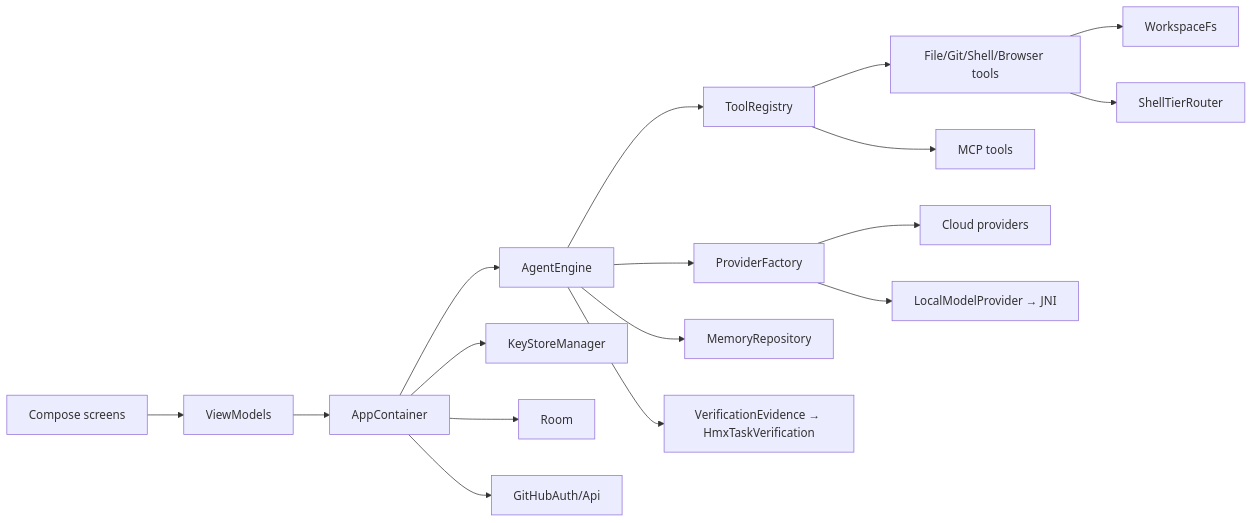
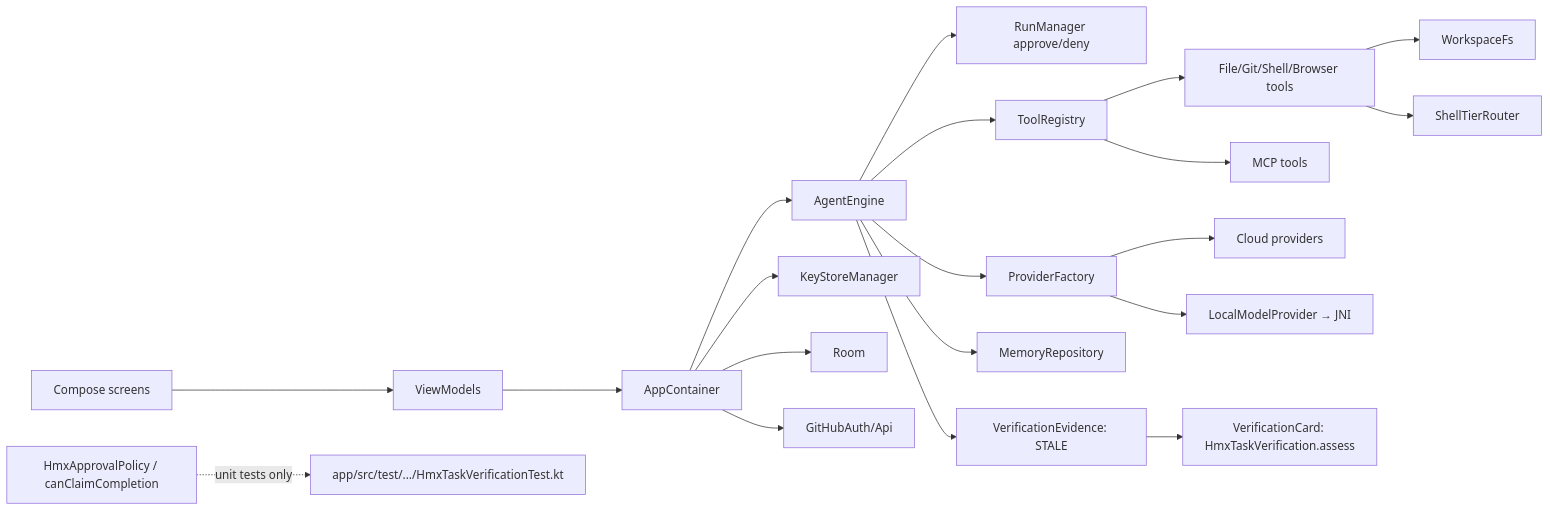
Before and after one commit to HMXPANEL/HMXHARNESS: the diagram in docs/expo/HMXHARNESS_CUSTOM_MODULES.md, drawn with Mermaid. The commit also changed other lines of this file and 48 other files, not shown here.

````diff
--- a/docs/expo/HMXHARNESS_CUSTOM_MODULES.md
+++ b/docs/expo/HMXHARNESS_CUSTOM_MODULES.md
@@ -96,19 +113,22 @@
 ```mermaid
 flowchart LR
     UI[Compose screens] --> VM[ViewModels]
     VM --> AC[AppContainer]
     AC --> AE[AgentEngine]
+    AE --> RM[RunManager approve/deny]
     AE --> TR[ToolRegistry]
     TR --> FT[File/Git/Shell/Browser tools]
     TR --> MCP[MCP tools]
     AE --> PF[ProviderFactory]
     PF --> CLOUD[Cloud providers]
     PF --> LOCAL[LocalModelProvider → JNI]
     AE --> MEM[MemoryRepository]
-    AE --> V[VerificationEvidence → HmxTaskVerification]
+    AE --> VE[VerificationEvidence: STALE]
+    VE --> VC[VerificationCard: HmxTaskVerification.assess]
     AC --> KS[KeyStoreManager]
     AC --> DB[Room]
     AC --> GH[GitHubAuth/Api]
     FT --> WS[WorkspaceFs]
     FT --> SH[ShellTierRouter]
+    HM[HmxApprovalPolicy / canClaimCompletion] -.unit tests only.-> T[app/src/test/.../HmxTaskVerificationTest.kt]
 ```
````
